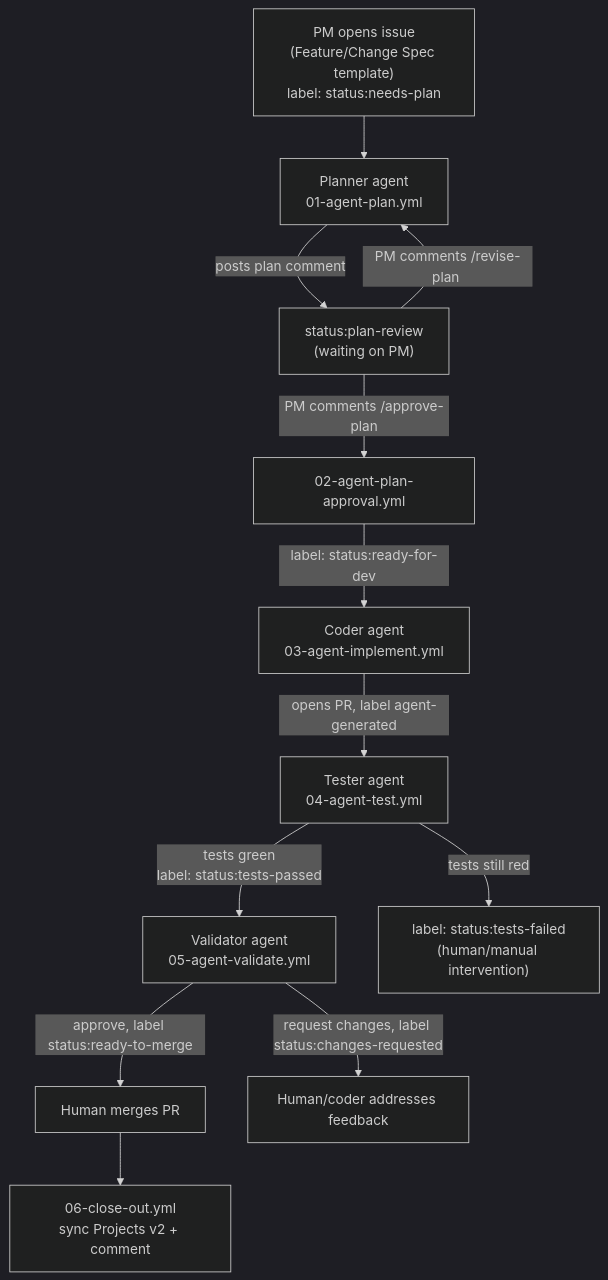
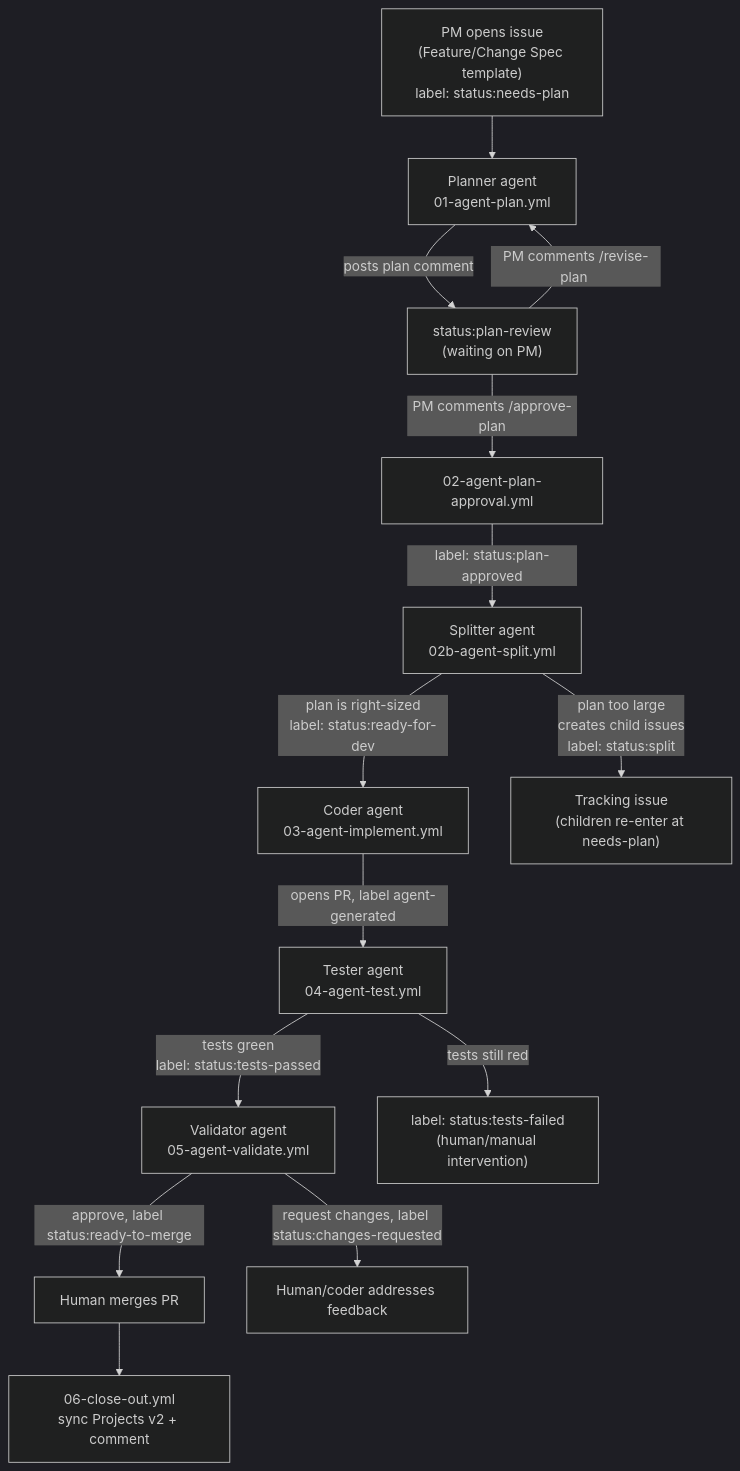
One commit to platformnex/agent-pipeline changed the diagram in README.md. Above: the diagram before and after it, drawn with Mermaid (dark theme). The commit also changed other lines of this file and 4 other files, not shown here.

First line of the commit message:
Add Splitter agent stage to break oversized plans into child issues

````diff
--- a/README.md
+++ b/README.md
@@ -9,14 +9,16 @@
 ```mermaid
 flowchart TD
     A["PM opens issue\n(Feature/Change Spec template)\nlabel: status:needs-plan"] --> B["Planner agent\n01-agent-plan.yml"]
     B -->|posts plan comment| C["status:plan-review\n(waiting on PM)"]
     C -->|"PM comments /approve-plan"| D["02-agent-plan-approval.yml"]
     C -->|"PM comments /revise-plan <feedback>"| B
-    D -->|"label: status:ready-for-dev"| E["Coder agent\n03-agent-implement.yml"]
+    D -->|"label: status:plan-approved"| S["Splitter agent\n02b-agent-split.yml"]
+    S -->|"plan is right-sized\nlabel: status:ready-for-dev"| E["Coder agent\n03-agent-implement.yml"]
+    S -->|"plan too large\ncreates child issues\nlabel: status:split"| S2["Tracking issue\n(children re-enter at needs-plan)"]
     E -->|opens PR, label agent-generated| F["Tester agent\n04-agent-test.yml"]
     F -->|"tests green\nlabel: status:tests-passed"| G["Validator agent\n05-agent-validate.yml"]
     F -->|tests still red| F2["label: status:tests-failed\n(human/manual intervention)"]
     G -->|approve, label status:ready-to-merge| H["Human merges PR"]
     G -->|request changes, label status:changes-requested| H2["Human/coder addresses feedback"]
     H --> I["06-close-out.yml\nsync Projects v2 + comment"]
 ```
````
